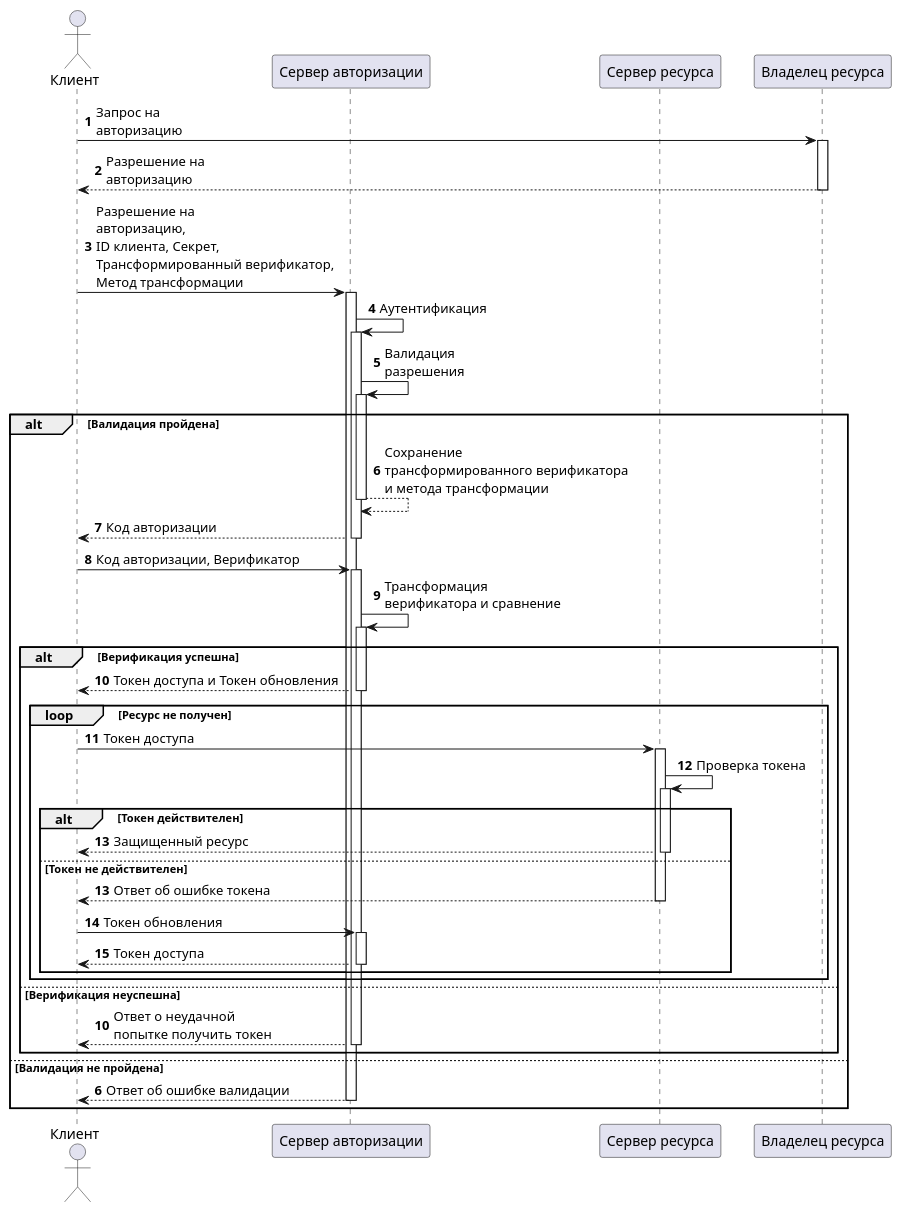
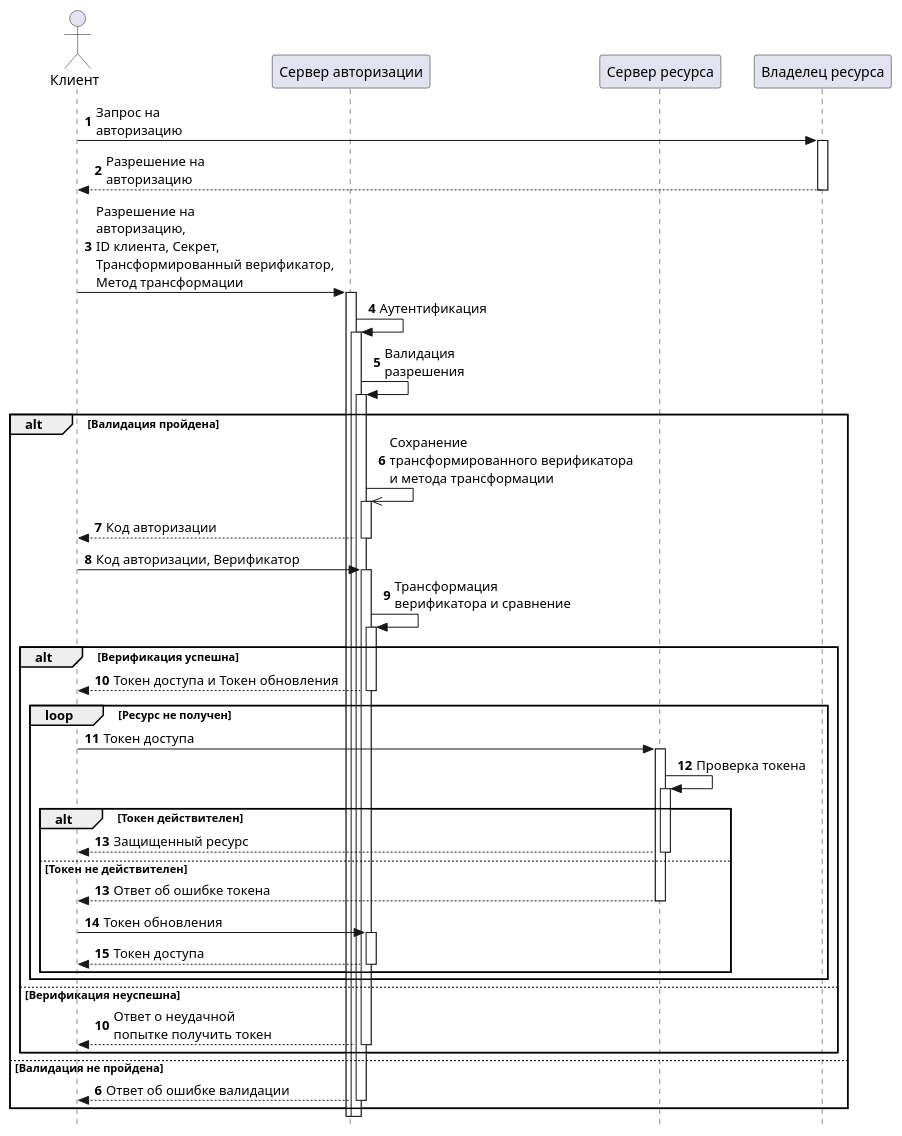
The second of 2 diagrams in docs/OAuth.puml (AleksanderNekr/LichessAnalyzer), drawn with PlantUML before and after one commit. The commit also changed other lines of this file and 2 other files, not shown here.

```diff
--- a/docs/OAuth.puml
+++ b/docs/OAuth.puml
@@ -52,50 +56,54 @@
 @startuml pkce-code-flow
+
+skinparam {
+    style strictuml
+}
 
 autonumber
 autoactivate on
 
 actor Клиент as client
 participant "Сервер авторизации" as auth_server
 participant "Сервер ресурса" as resource_server
 participant "Владелец ресурса" as resource_owner
 
 client -> resource_owner: Запрос на\nавторизацию
 return Разрешение на\nавторизацию
 
 client -> auth_server: Разрешение на\nавторизацию,\nID клиента, Секрет,\nТрансформированный верификатор,\nМетод трансформации
 auth_server -> auth_server: Аутентификация
 auth_server -> auth_server: Валидация\nразрешения
 
 alt Валидация пройдена
-    auth_server --> auth_server: Сохранение\nтрансформированного верификатора\nи метода трансформации
+    auth_server ->> auth_server: Сохранение\nтрансформированного верификатора\nи метода трансформации
     
     auth_server --> client: Код авторизации
     client -> auth_server: Код авторизации, Верификатор
     auth_server -> auth_server: Трансформация\nверификатора и сравнение
     
     alt Верификация успешна
         auth_server --> client: Токен доступа и Токен обновления
         
         loop Ресурс не получен
             client -> resource_server: Токен доступа
             resource_server -> resource_server: Проверка токена
             alt Токен действителен
                 resource_server --> client: Защищенный ресурс
             else Токен не действителен
                 autonumber 13
                 resource_server --> client: Ответ об ошибке токена
                 client -> auth_server: Токен обновления
                 auth_server --> client: Токен доступа
             end
         end
     else Верификация неуспешна
         autonumber 10
         auth_server --> client: Ответ о неудачной\nпопытке получить токен
     end
 else Валидация не пройдена
     autonumber 6
     auth_server --> client: Ответ об ошибке валидации
 end
 
 
 @enduml
```
